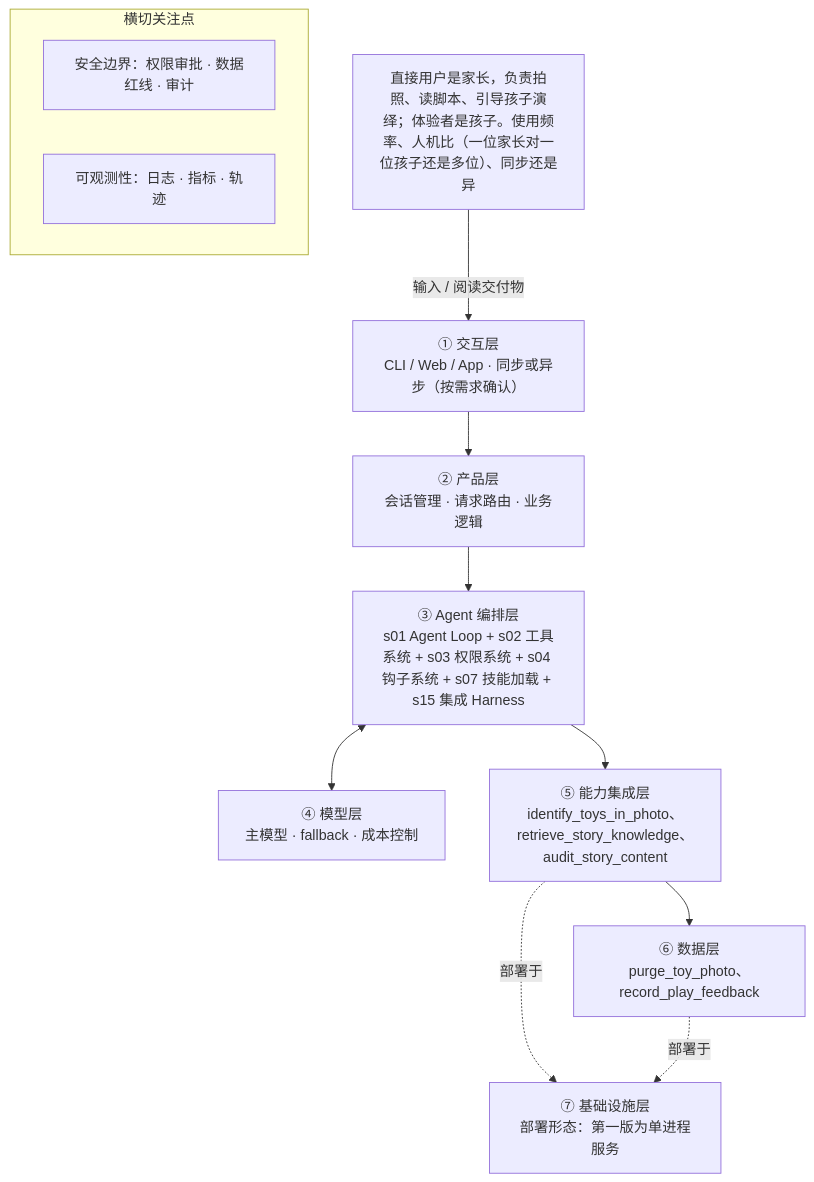
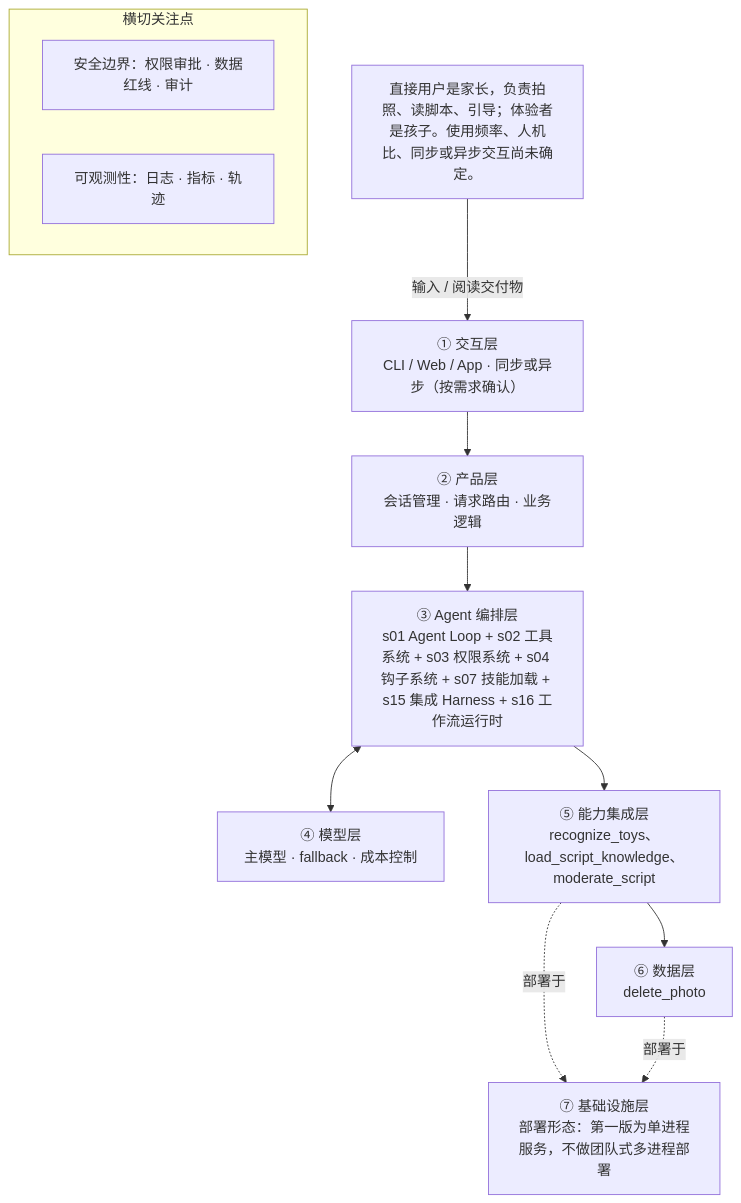
The diagram in docs/examples/方案示例-玩具剧场-真实运行.md (hubooooooo/agent-blueprint), drawn with Mermaid before and after one commit. The commit also changed other lines of this file and 4 other files, not shown here.

````diff
--- a/docs/examples/方案示例-玩具剧场-真实运行.md
+++ b/docs/examples/方案示例-玩具剧场-真实运行.md
@@ -103,22 +104,22 @@
 ```mermaid
 flowchart TD
-    U["直接用户是家长，负责拍照、读脚本、引导孩子演绎；体验者是孩子。使用频率、人机比（一位家长对一位孩子还是多位）、同步还是异"] -->|输入 / 阅读交付物| L1
+    U["直接用户是家长，负责拍照、读脚本、引导；体验者是孩子。使用频率、人机比、同步或异步交互尚未确定。"] -->|输入 / 阅读交付物| L1
     L1["① 交互层<br/>CLI / Web / App · 同步或异步（按需求确认）"]
     L2["② 产品层<br/>会话管理 · 请求路由 · 业务逻辑"]
-    L3["③ Agent 编排层<br/>s01 Agent Loop + s02 工具系统 + s03 权限系统 + s04 钩子系统 + s07 技能加载 + s15 集成 Harness"]
+    L3["③ Agent 编排层<br/>s01 Agent Loop + s02 工具系统 + s03 权限系统 + s04 钩子系统 + s07 技能加载 + s15 集成 Harness + s16 工作流运行时"]
     L4["④ 模型层<br/>主模型 · fallback · 成本控制"]
-    L5["⑤ 能力集成层<br/>identify_toys_in_photo、retrieve_story_knowledge、audit_story_content"]
-    L6["⑥ 数据层<br/>purge_toy_photo、record_play_feedback"]
-    L7["⑦ 基础设施层<br/>部署形态：第一版为单进程服务"]
+    L5["⑤ 能力集成层<br/>recognize_toys、load_script_knowledge、moderate_script"]
+    L6["⑥ 数据层<br/>delete_photo"]
+    L7["⑦ 基础设施层<br/>部署形态：第一版为单进程服务，不做团队式多进程部署"]
     L1 --> L2
     L2 --> L3
     L3 <--> L4
     L3 --> L5
     L5 --> L6
     L5 -.->|部署于| L7
     L6 -.->|部署于| L7
     subgraph 横切关注点
         SEC["安全边界：权限审批 · 数据红线 · 审计"]
         OBS["可观测性：日志 · 指标 · 轨迹"]
     end
 ```
````
